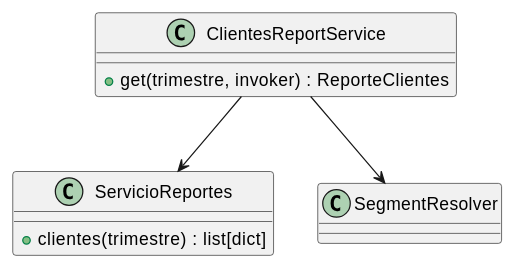
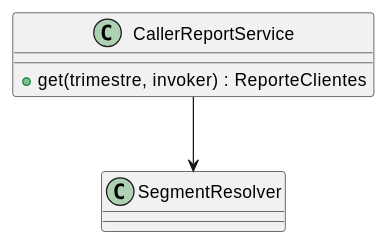
The diagram in source/requisitos/casos-uso/reports/uc-rpt-17/diagramas-uml/clases.rst (jcg-admin/IACT-docs), drawn with PlantUML before and after one commit. The commit also changed 79 other files, not shown here.

```diff
--- a/source/requisitos/casos-uso/reports/uc-rpt-17/diagramas-uml/clases.rst
+++ b/source/requisitos/casos-uso/reports/uc-rpt-17/diagramas-uml/clases.rst
@@ -4,13 +4,9 @@
 .. uml::
 
  @startuml
- class ClientesReportService {
+ class CallerReportService {
    + get(trimestre, invoker) : ReporteClientes
  }
- class ServicioReportes {
-   + clientes(trimestre) : list[dict]
- }
  class SegmentResolver
- ClientesReportService --> ServicioReportes
- ClientesReportService --> SegmentResolver
+ CallerReportService --> SegmentResolver
  @enduml
```
